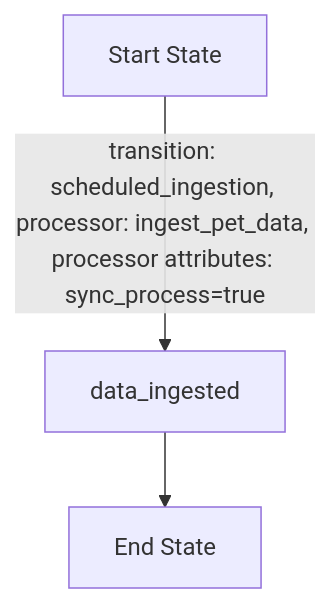
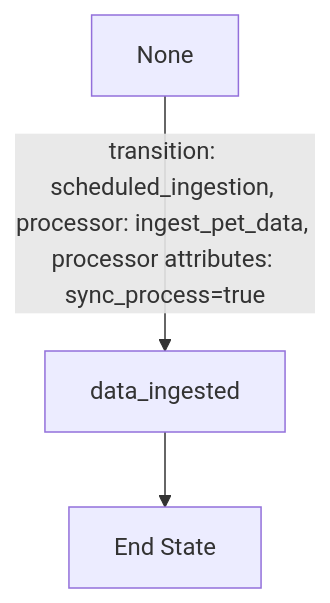
One commit to Cyoda-platform/quart-client-template changed the first of 5 diagrams in entity/app_design_prd.md. Above: the diagram before and after it, drawn with Mermaid.

````diff
--- a/entity/app_design_prd.md
+++ b/entity/app_design_prd.md
@@ -26,7 +26,7 @@
 ```mermaid
 flowchart TD
-    A[Start State] -->|transition: scheduled_ingestion, processor: ingest_pet_data, processor attributes: sync_process=true| B[data_ingested]
+    A[None] -->|transition: scheduled_ingestion, processor: ingest_pet_data, processor attributes: sync_process=true| B[data_ingested]
     B --> C[End State]
 
     class A,B,C automated;
 ```
````
